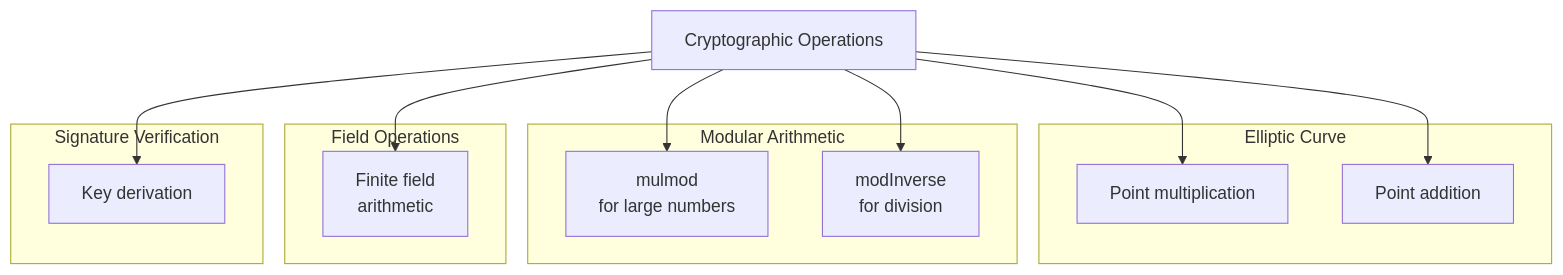
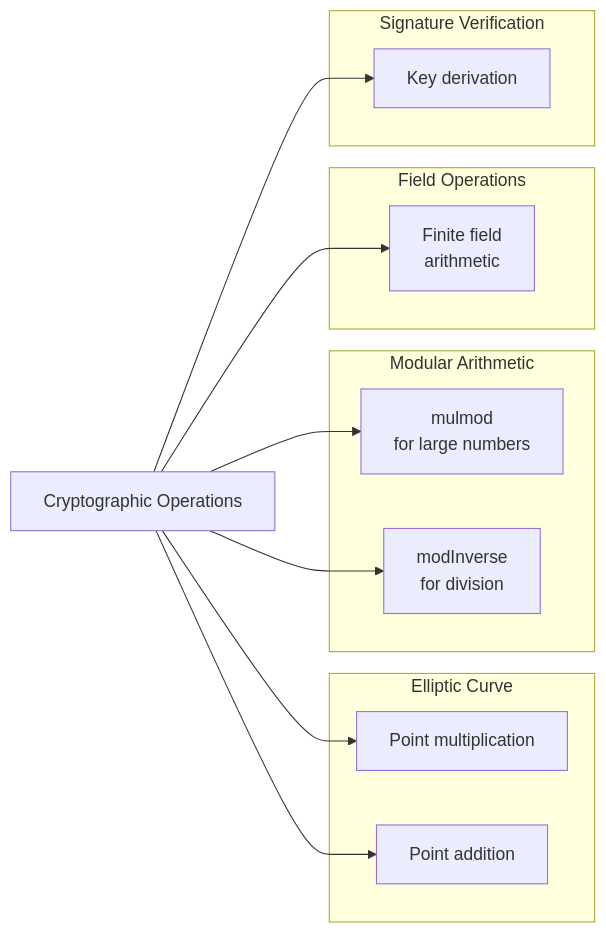
One commit to btc-vision/btc-runtime changed the third of 3 diagrams in docs/api-reference/safe-math.md. Above: the diagram before and after it, drawn with Mermaid. The commit also changed other lines of this file and 8 other files, not shown here.

First line of the commit message:
Update Mermaid diagrams to use left-to-right flow

````diff
--- a/docs/api-reference/safe-math.md
+++ b/docs/api-reference/safe-math.md
@@ -363,27 +363,27 @@
 ```mermaid
-graph TB
+graph LR
     A[Cryptographic Operations]
 
     subgraph "Elliptic Curve"
         B[Point multiplication]
         C[Point addition]
     end
 
     subgraph "Modular Arithmetic"
         D[mulmod<br/>for large numbers]
         E[modInverse<br/>for division]
     end
 
     subgraph "Field Operations"
         F[Finite field<br/>arithmetic]
     end
 
     subgraph "Signature Verification"
         G[Key derivation]
     end
 
     A --> B & C
     A --> D & E
     A --> F
     A --> G
 ```
````
